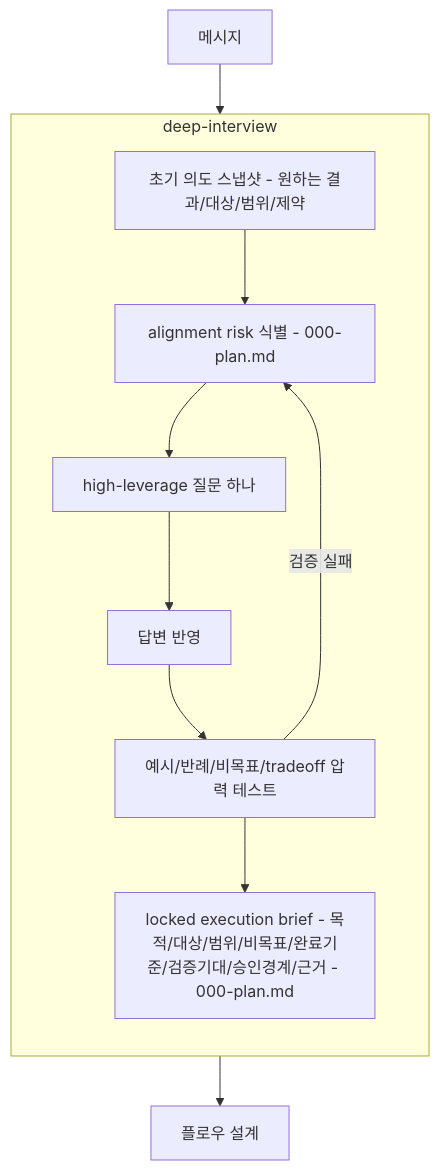
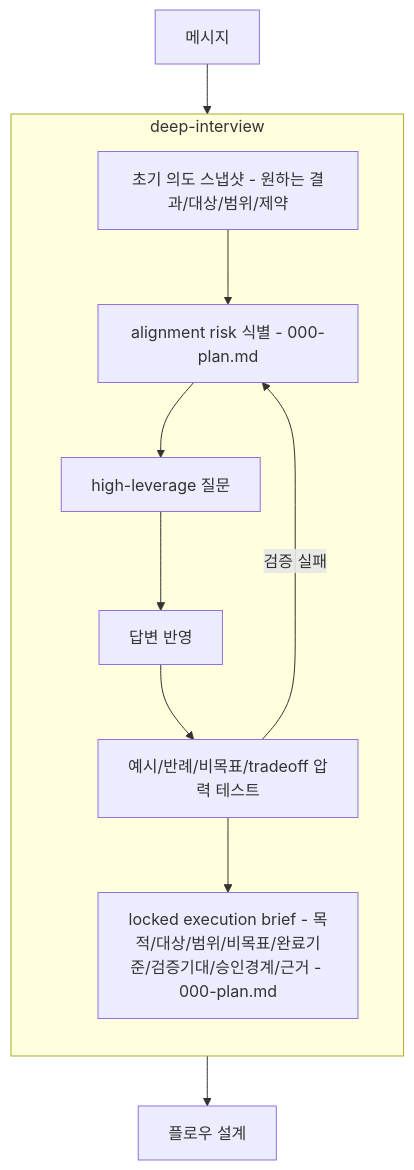
The second of 3 diagrams in src/loop-kit-dev/specs/skills/flow/intent.md (opnay/agent-plugins), drawn with Mermaid before and after one commit. The commit also changed other lines of this file and 4 other files, not shown here.

First line of the commit message:
docs: relax high leverage question wording

````diff
--- a/src/loop-kit-dev/specs/skills/flow/intent.md
+++ b/src/loop-kit-dev/specs/skills/flow/intent.md
@@ -31,16 +31,16 @@
 ```mermaid
 graph TD
   MESSAGE[메시지] --> DEEP_INTERVIEW
 
   subgraph DEEP_INTERVIEW[deep-interview]
     direction TB
     SNAPSHOT[초기 의도 스냅샷 - 원하는 결과/대상/범위/제약] --> RISK[alignment risk 식별 - 000-plan.md]
-    RISK --> ASK[high-leverage 질문 하나]
+    RISK --> ASK[high-leverage 질문]
     ASK --> ANSWER[답변 반영]
     ANSWER --> TEST[예시/반례/비목표/tradeoff 압력 테스트]
     TEST -->|검증 실패| RISK
     TEST --> BRIEF[locked execution brief - 목적/대상/범위/비목표/완료기준/검증기대/승인경계/근거 - 000-plan.md]
   end
 
   DEEP_INTERVIEW --> DESIGN[플로우 설계]
 ```
````
